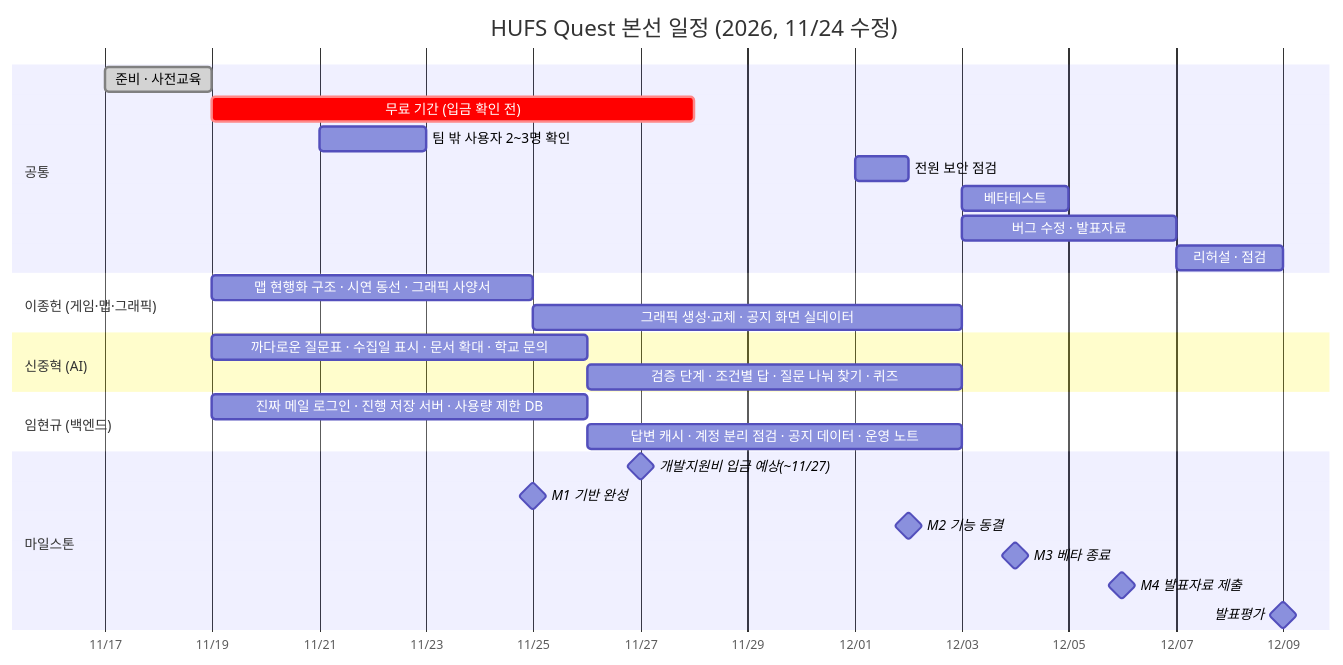
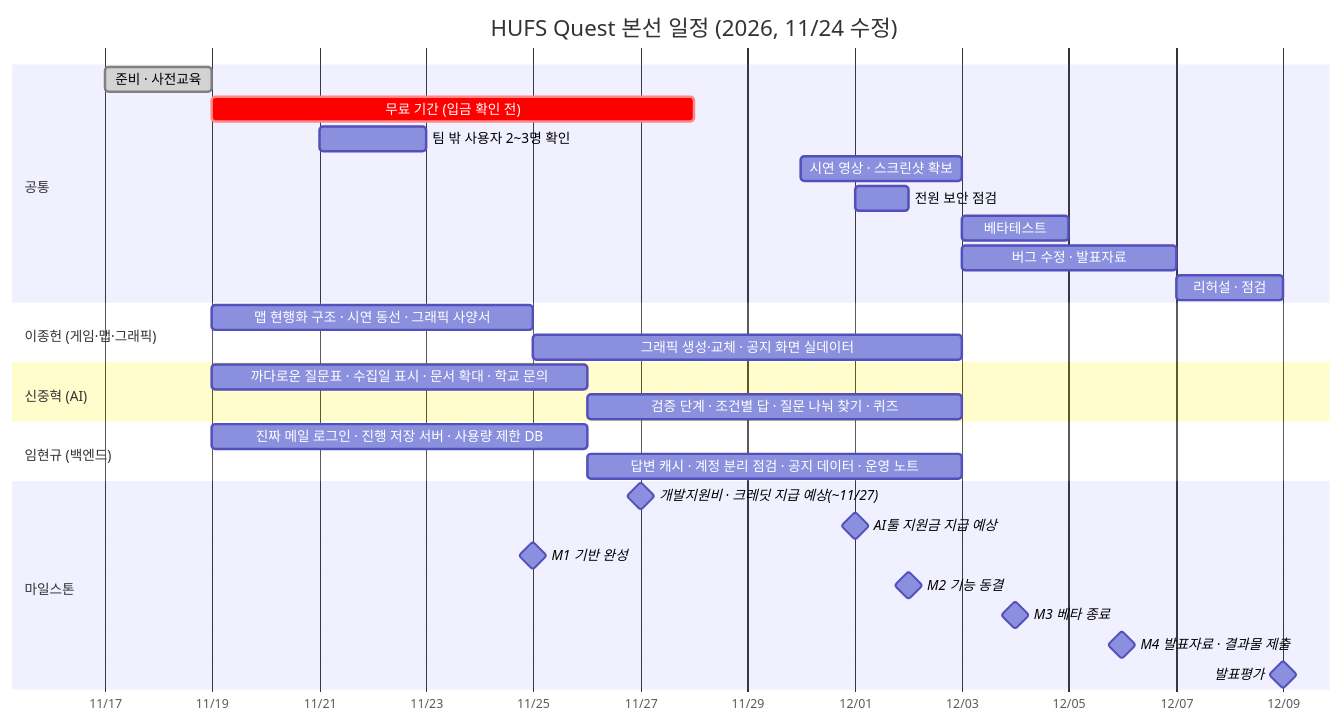
Before and after one commit to 202502859-source/hufs-quest: the diagram in docs/ROADMAP.md, drawn with Mermaid. The commit also changed other lines of this file and 4 other files, not shown here.

````diff
--- a/docs/ROADMAP.md
+++ b/docs/ROADMAP.md
@@ -16,36 +18,38 @@
 ```mermaid
 gantt
     title HUFS Quest 본선 일정 (2026, 11/24 수정)
     dateFormat YYYY-MM-DD
     axisFormat %m/%d
     todayMarker stroke-width:3px,stroke:#d33
 
     section 공통
     준비 · 사전교육              :done, prep, 2026-11-17, 2d
     무료 기간 (입금 확인 전)      :crit, free, 2026-11-19, 9d
     팀 밖 사용자 2~3명 확인       :user, 2026-11-21, 2d
+    시연 영상 · 스크린샷 확보     :shot, 2026-11-30, 3d
     전원 보안 점검               :sec, 2026-12-01, 1d
     베타테스트                   :beta, 2026-12-03, 2d
     버그 수정 · 발표자료          :w3, 2026-12-03, 4d
     리허설 · 점검                :reh, 2026-12-07, 2d
 
     section 이종헌 (게임·맵·그래픽)
     맵 현행화 구조 · 시연 동선 · 그래픽 사양서   :j1, 2026-11-19, 6d
     그래픽 생성·교체 · 공지 화면 실데이터        :j2, 2026-11-25, 8d
 
     section 신중혁 (AI)
     까다로운 질문표 · 수집일 표시 · 문서 확대 · 학교 문의 :s1, 2026-11-19, 7d
     검증 단계 · 조건별 답 · 질문 나눠 찾기 · 퀴즈       :s2, 2026-11-26, 7d
 
     section 임현규 (백엔드)
     진짜 메일 로그인 · 진행 저장 서버 · 사용량 제한 DB  :h1, 2026-11-19, 7d
     답변 캐시 · 계정 분리 점검 · 공지 데이터 · 운영 노트 :h2, 2026-11-26, 7d
 
     section 마일스톤
-    개발지원비 입금 예상(~11/27)  :milestone, pay, 2026-11-27, 0d
+    개발지원비 · 크레딧 지급 예상(~11/27) :milestone, pay, 2026-11-27, 0d
+    AI툴 지원금 지급 예상        :milestone, aitool, 2026-12-01, 0d
     M1 기반 완성                 :milestone, m1, 2026-11-25, 0d
     M2 기능 동결                 :milestone, m2, 2026-12-02, 0d
     M3 베타 종료                 :milestone, m3, 2026-12-04, 0d
-    M4 발표자료 제출             :milestone, m4, 2026-12-06, 0d
+    M4 발표자료 · 결과물 제출     :milestone, m4, 2026-12-06, 0d
     발표평가                     :milestone, demo, 2026-12-09, 0d
 ```
````
